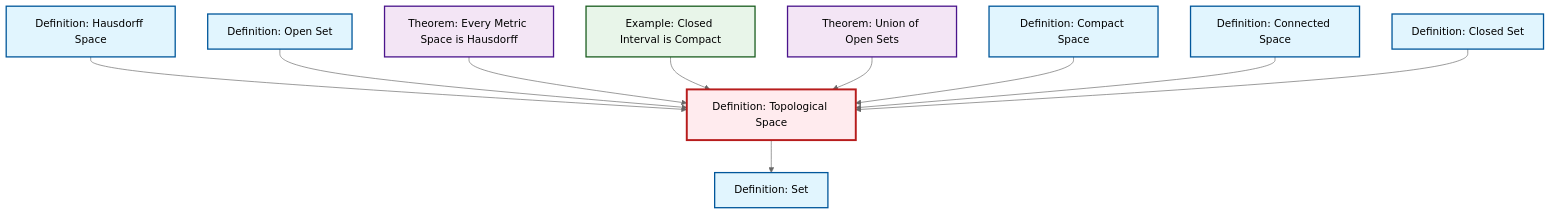
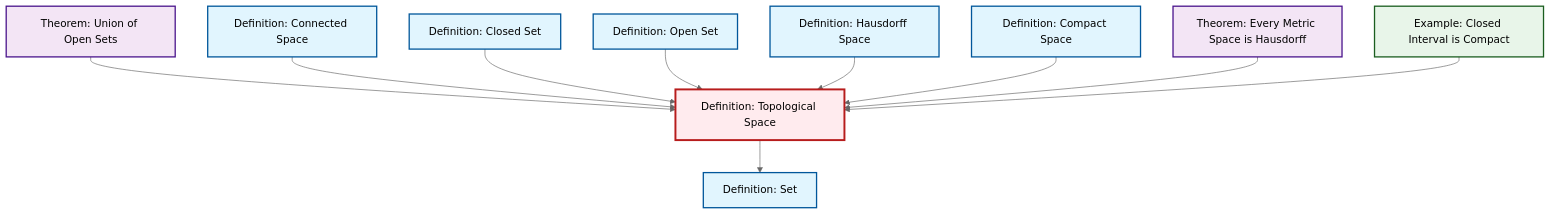
Before and after one commit to RK0429/ModernMath: the diagram in content/en/topology/def-topological-space.qmd, drawn with Mermaid (neutral theme). The commit also changed other lines of this file and 417 other files, not shown here.

````diff
--- a/content/en/topology/def-topological-space.qmd
+++ b/content/en/topology/def-topological-space.qmd
@@ -59,38 +59,38 @@
 ```{mermaid}
 %%| fig-cap: "Local dependency graph"
 graph TD
     classDef definition fill:#e1f5fe,stroke:#01579b,stroke-width:2px
     classDef theorem fill:#f3e5f5,stroke:#4a148c,stroke-width:2px
     classDef axiom fill:#fff3e0,stroke:#e65100,stroke-width:2px
     classDef example fill:#e8f5e9,stroke:#1b5e20,stroke-width:2px
     classDef current fill:#ffebee,stroke:#b71c1c,stroke-width:3px
-    ex-closed-interval-compact["Example: Closed Interval is Compact"]:::example
+    def-topological-space["Definition: Topological Space"]:::definition
+    thm-union-open-sets["Theorem: Union of Open Sets"]:::theorem
     def-hausdorff["Definition: Hausdorff Space"]:::definition
     def-compact["Definition: Compact Space"]:::definition
+    ex-closed-interval-compact["Example: Closed Interval is Compact"]:::example
+    def-open-set["Definition: Open Set"]:::definition
+    thm-metric-hausdorff["Theorem: Every Metric Space is Hausdorff"]:::theorem
+    def-connected["Definition: Connected Space"]:::definition
+    def-closed-set["Definition: Closed Set"]:::definition
     def-set["Definition: Set"]:::definition
-    thm-metric-hausdorff["Theorem: Every Metric Space is Hausdorff"]:::theorem
-    def-topological-space["Definition: Topological Space"]:::definition
-    def-open-set["Definition: Open Set"]:::definition
-    thm-union-open-sets["Theorem: Union of Open Sets"]:::theorem
-    def-closed-set["Definition: Closed Set"]:::definition
-    def-connected["Definition: Connected Space"]:::definition
+    thm-union-open-sets --> def-topological-space
+    def-topological-space --> def-set
+    def-connected --> def-topological-space
+    def-closed-set --> def-topological-space
+    def-open-set --> def-topological-space
     def-hausdorff --> def-topological-space
-    def-open-set --> def-topological-space
+    def-compact --> def-topological-space
     thm-metric-hausdorff --> def-topological-space
     ex-closed-interval-compact --> def-topological-space
-    def-topological-space --> def-set
-    thm-union-open-sets --> def-topological-space
-    def-compact --> def-topological-space
-    def-connected --> def-topological-space
-    def-closed-set --> def-topological-space
     class def-topological-space current
-    click ex-closed-interval-compact "ex-closed-interval-compact.html" "Go to Closed Interval is Compact example"
+    click thm-union-open-sets "thm-union-open-sets.html" "Go to Union of Open Sets theorem"
     click def-hausdorff "def-hausdorff.html" "Go to Hausdorff Space definition"
     click def-compact "def-compact.html" "Go to Compact Space definition"
+    click ex-closed-interval-compact "ex-closed-interval-compact.html" "Go to Closed Interval is Compact example"
+    click def-open-set "def-open-set.html" "Go to Open Set definition"
+    click thm-metric-hausdorff "thm-metric-hausdorff.html" "Go to Every Metric Space is Hausdorff theorem"
+    click def-connected "def-connected.html" "Go to Connected Space definition"
+    click def-closed-set "def-closed-set.html" "Go to Closed Set definition"
     click def-set "def-set.html" "Go to Set definition"
-    click thm-metric-hausdorff "thm-metric-hausdorff.html" "Go to Every Metric Space is Hausdorff theorem"
-    click def-open-set "def-open-set.html" "Go to Open Set definition"
-    click thm-union-open-sets "thm-union-open-sets.html" "Go to Union of Open Sets theorem"
-    click def-closed-set "def-closed-set.html" "Go to Closed Set definition"
-    click def-connected "def-connected.html" "Go to Connected Space definition"
 ```
````
